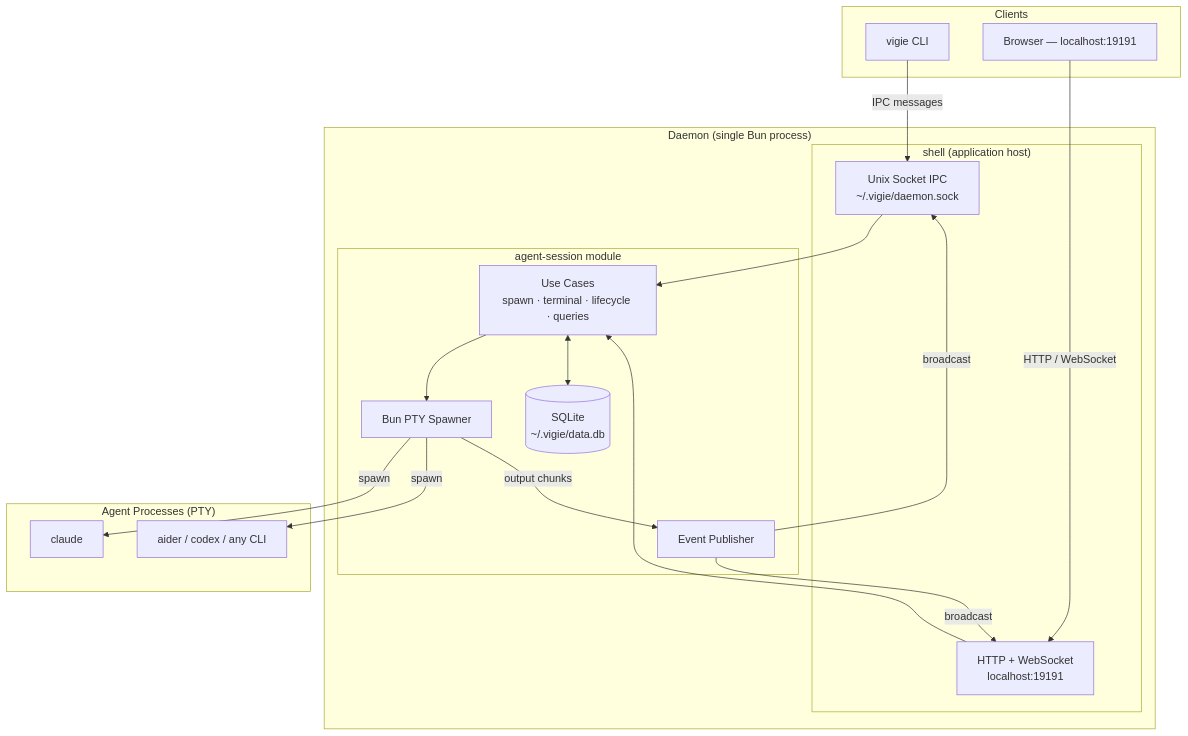
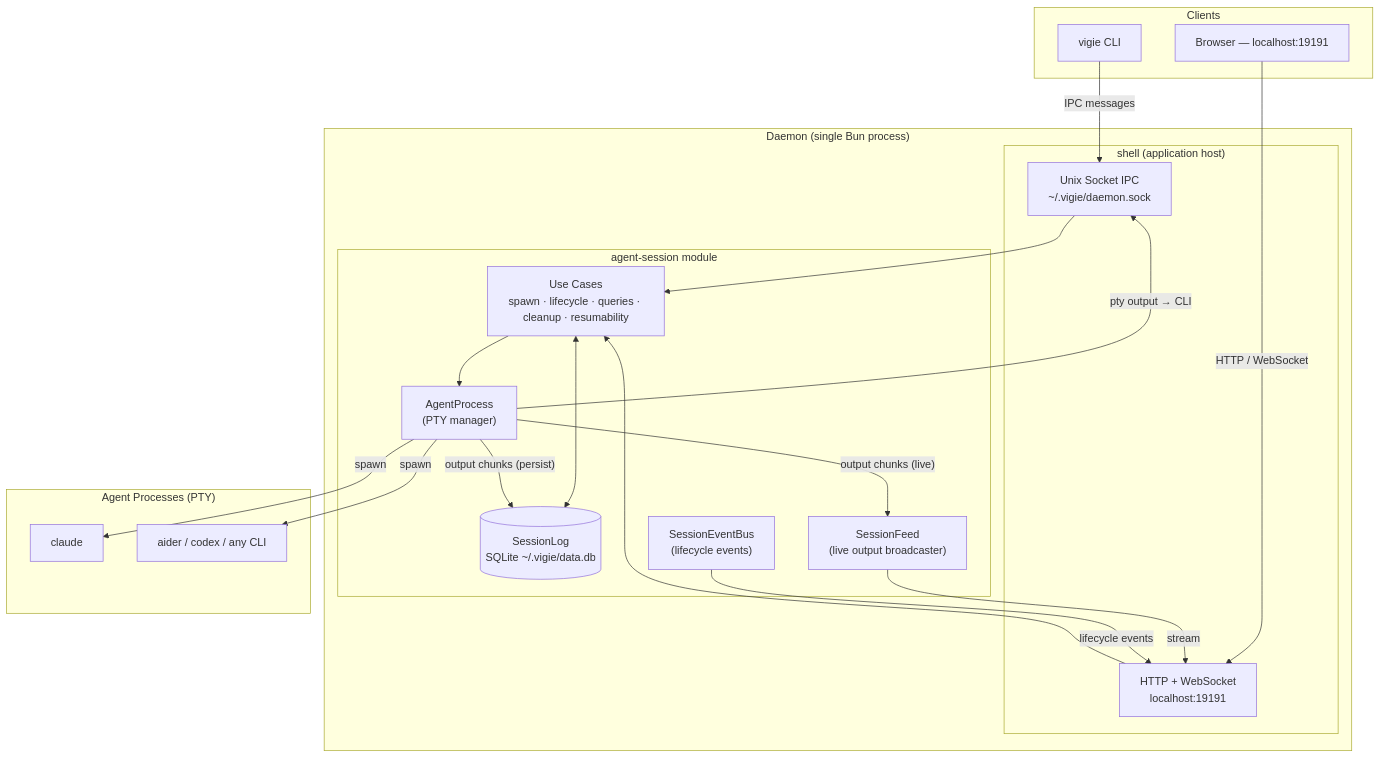
The diagram in docs/architecture/overview.md (get-tmonier/vigie), drawn with Mermaid before and after one commit. The commit also changed 2 other files, not shown here.

Commit message:
docs: update architecture diagrams and CLAUDE.md for port rename refactor

````diff
--- a/docs/architecture/overview.md
+++ b/docs/architecture/overview.md
@@ -5,37 +5,40 @@
 ```mermaid
 graph TB
     subgraph clients["Clients"]
         CLI["vigie CLI"]
         Browser["Browser — localhost:19191"]
     end
 
     subgraph daemon["Daemon (single Bun process)"]
         subgraph shell["shell (application host)"]
             IPC["Unix Socket IPC<br/>~/.vigie/daemon.sock"]
             HTTP["HTTP + WebSocket<br/>localhost:19191"]
         end
         subgraph session_mod["agent-session module"]
-            UC["Use Cases<br/>spawn · terminal · lifecycle · queries"]
-            PTY["Bun PTY Spawner"]
-            DB[("SQLite<br/>~/.vigie/data.db")]
-            Events["Event Publisher"]
+            UC["Use Cases<br/>spawn · lifecycle · queries · cleanup · resumability"]
+            AgentProcess["AgentProcess<br/>(PTY manager)"]
+            SessionLog[("SessionLog<br/>SQLite ~/.vigie/data.db")]
+            SessionFeed["SessionFeed<br/>(live output broadcaster)"]
+            SessionEventBus["SessionEventBus<br/>(lifecycle events)"]
         end
     end
 
     subgraph agents["Agent Processes (PTY)"]
         Claude["claude"]
         Other["aider / codex / any CLI"]
     end
 
     CLI -->|"IPC messages"| IPC
     Browser -->|"HTTP / WebSocket"| HTTP
     IPC --> UC
     HTTP --> UC
-    UC --> PTY
-    UC <--> DB
-    PTY -->|spawn| Claude
-    PTY -->|spawn| Other
-    PTY -->|output chunks| Events
-    Events -->|broadcast| HTTP
-    Events -->|broadcast| IPC
+    UC --> AgentProcess
+    UC <--> SessionLog
+    AgentProcess -->|spawn| Claude
+    AgentProcess -->|spawn| Other
+    AgentProcess -->|"output chunks (persist)"| SessionLog
+    AgentProcess -->|"output chunks (live)"| SessionFeed
+    SessionFeed -->|"stream"| HTTP
+    AgentProcess -->|"pty output → CLI"| IPC
+    SessionEventBus -->|"lifecycle events"| HTTP
 ```
````
